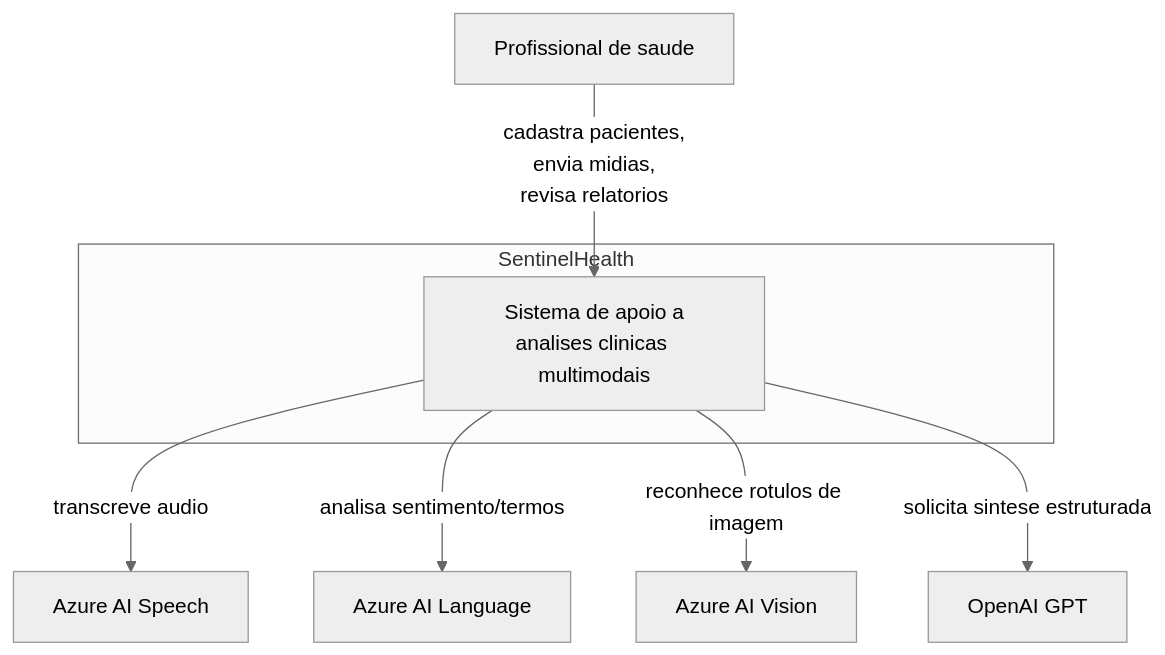
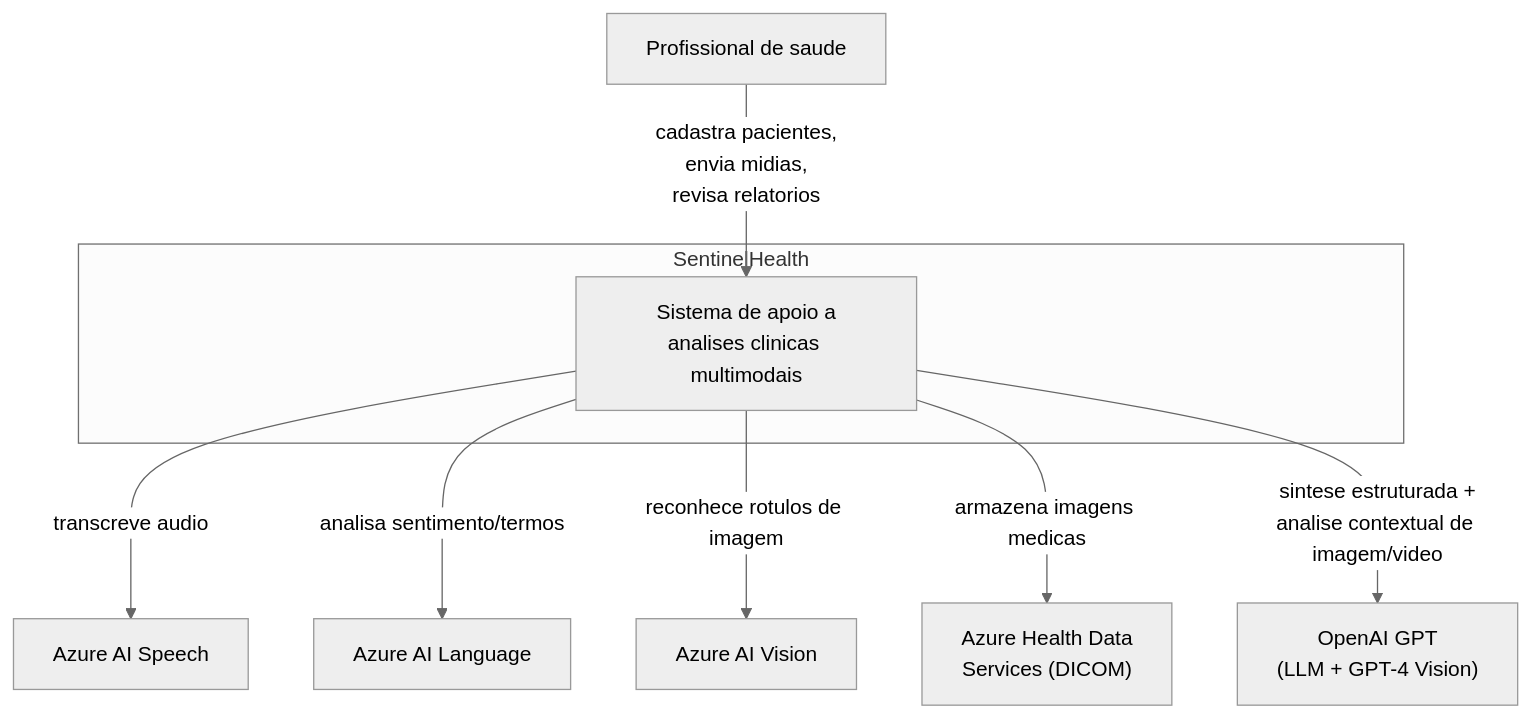
The diagram in README.md (marcosvrc/sentinela-multimodal), drawn with Mermaid (neutral theme) before and after one commit. The commit also changed other lines of this file and 28 other files, not shown here.

````diff
--- a/README.md
+++ b/README.md
@@ -128,17 +136,19 @@
 ```mermaid
 graph TB
     profissional["Profissional de saude"]
     subgraph sentinelhealth["SentinelHealth"]
         sistema["Sistema de apoio a<br/>analises clinicas multimodais"]
     end
     speech["Azure AI Speech"]
     language["Azure AI Language"]
     vision["Azure AI Vision"]
-    openai["OpenAI GPT"]
+    dicom["Azure Health Data<br/>Services (DICOM)"]
+    openai["OpenAI GPT<br/>(LLM + GPT-4 Vision)"]
 
     profissional -->|cadastra pacientes,<br/>envia midias,<br/>revisa relatorios| sistema
     sistema -->|transcreve audio| speech
     sistema -->|analisa sentimento/termos| language
     sistema -->|reconhece rotulos de imagem| vision
-    sistema -->|solicita sintese estruturada| openai
+    sistema -->|armazena imagens medicas| dicom
+    sistema -->|sintese estruturada +<br/>analise contextual de imagem/video| openai
 ```
````
